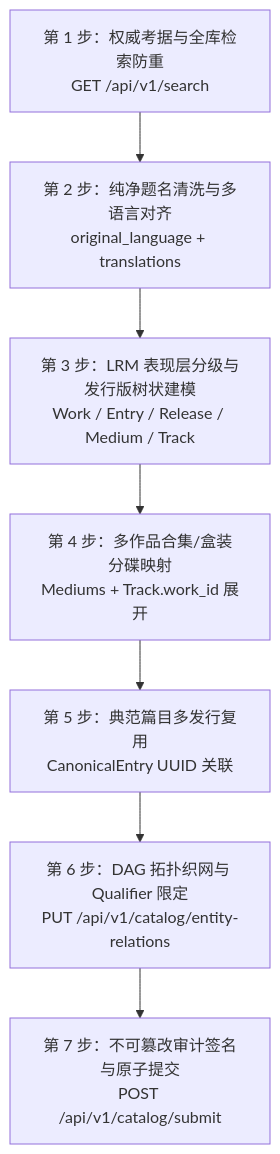
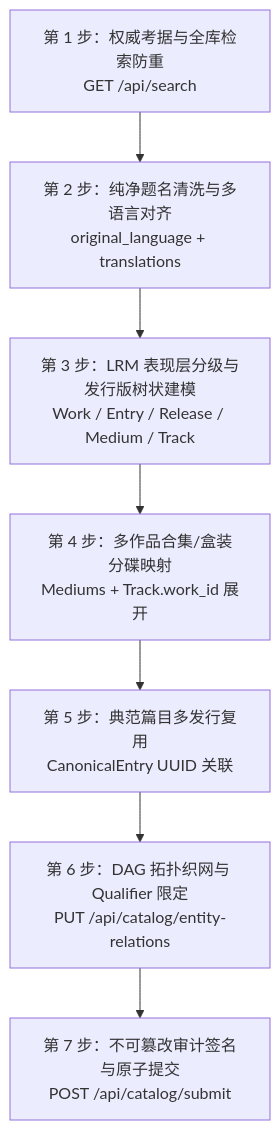
The diagram in docs-site/docs/agent-integration.md (MoeclubM/MetaFusion), drawn with Mermaid before and after one commit. The commit also changed other lines of this file and 6 other files, not shown here.

````diff
--- a/docs-site/docs/agent-integration.md
+++ b/docs-site/docs/agent-integration.md
@@ -64,9 +64,9 @@
 ```mermaid
 flowchart TD
-    Step1[第 1 步：权威考据与全库检索防重<br>GET /api/v1/search] --> Step2[第 2 步：纯净题名清洗与多语言对齐<br>original_language + translations]
+    Step1[第 1 步：权威考据与全库检索防重<br>GET /api/search] --> Step2[第 2 步：纯净题名清洗与多语言对齐<br>original_language + translations]
     Step2 --> Step3[第 3 步：LRM 表现层分级与发行版树状建模<br>Work / Entry / Release / Medium / Track]
     Step3 --> Step4[第 4 步：多作品合集/盒装分碟映射<br>Mediums + Track.work_id 展开]
     Step4 --> Step5[第 5 步：典范篇目多发行复用<br>CanonicalEntry UUID 关联]
-    Step5 --> Step6[第 6 步：DAG 拓扑织网与 Qualifier 限定<br>PUT /api/v1/catalog/entity-relations]
-    Step6 --> Step7[第 7 步：不可篡改审计签名与原子提交<br>POST /api/v1/catalog/submit]
+    Step5 --> Step6[第 6 步：DAG 拓扑织网与 Qualifier 限定<br>PUT /api/catalog/entity-relations]
+    Step6 --> Step7[第 7 步：不可篡改审计签名与原子提交<br>POST /api/catalog/submit]
 ```
````
